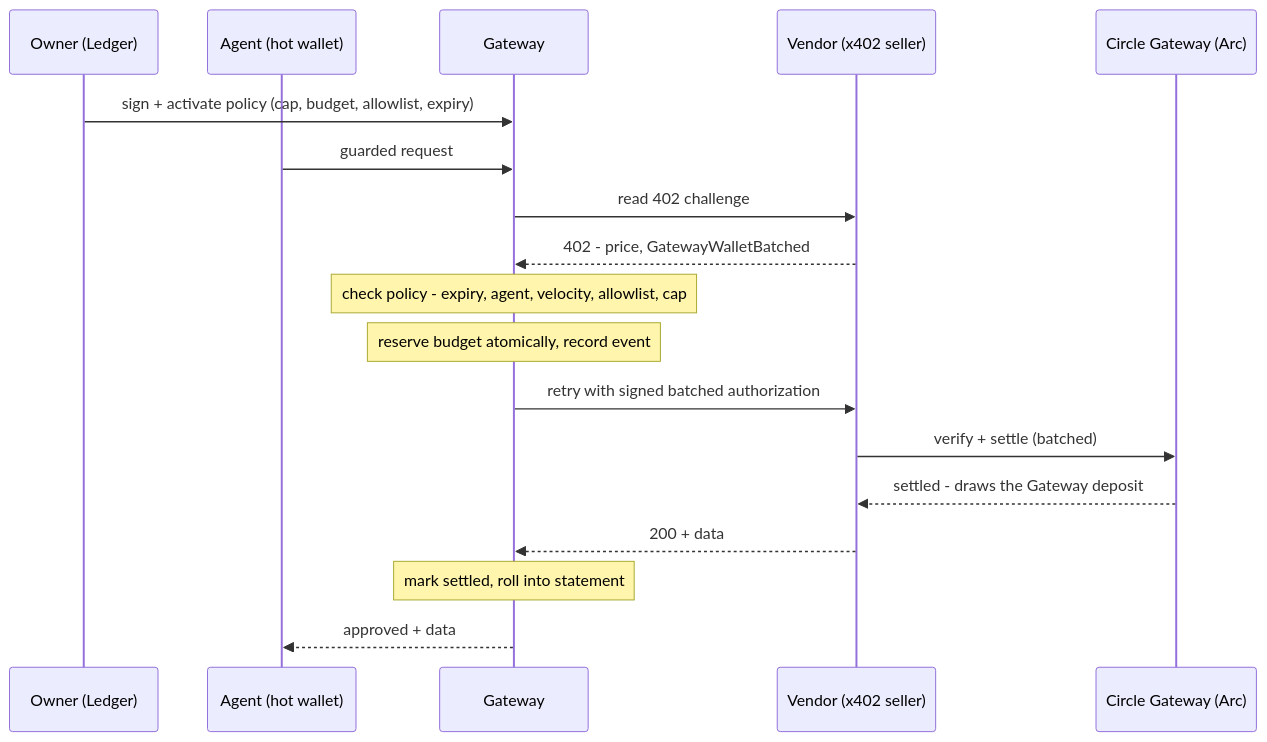
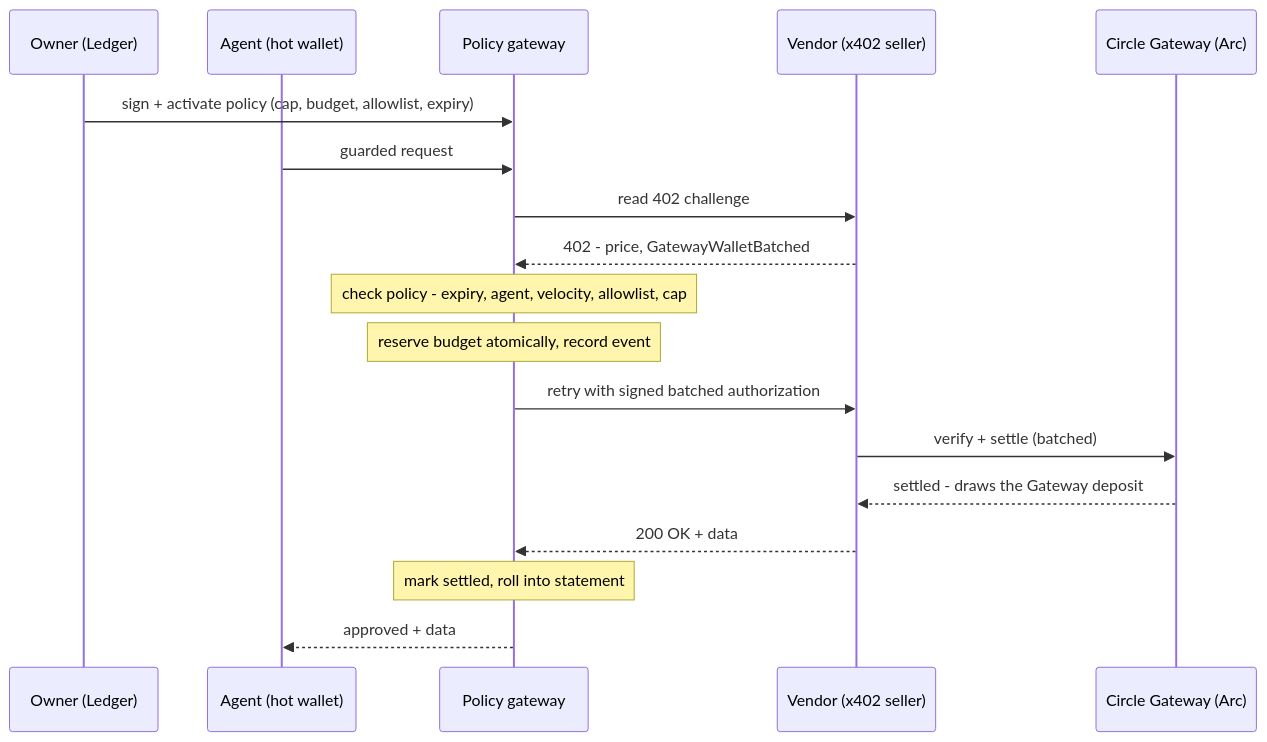
One commit to xpayables/ledger-agent-payables changed the diagram in README.md. Above: the diagram before and after it, drawn with Mermaid. The commit also changed other lines of this file, not shown here.

Commit message:
docs: improve diagram visuals

````diff
--- a/README.md
+++ b/README.md
@@ -27,21 +37,21 @@
 ```mermaid
 %%{init: {'themeVariables': {'fontFamily': 'system-ui, -apple-system, BlinkMacSystemFont, Helvetica, Arial, sans-serif'}}}%%
 sequenceDiagram
   participant O as Owner (Ledger)
   participant A as Agent (hot wallet)
-  participant G as Gateway
+  participant G as Policy gateway
   participant V as Vendor (x402 seller)
   participant C as Circle Gateway (Arc)
   O->>G: sign + activate policy (cap, budget, allowlist, expiry)
   A->>G: guarded request
   G->>V: read 402 challenge
   V-->>G: 402 - price, GatewayWalletBatched
   Note over G: check policy - expiry, agent, velocity, allowlist, cap
   Note over G: reserve budget atomically, record event
   G->>V: retry with signed batched authorization
   V->>C: verify + settle (batched)
   C-->>V: settled - draws the Gateway deposit
-  V-->>G: 200 + data
+  V-->>G: 200 OK + data
   Note over G: mark settled, roll into statement
   G-->>A: approved + data
 ```
````
